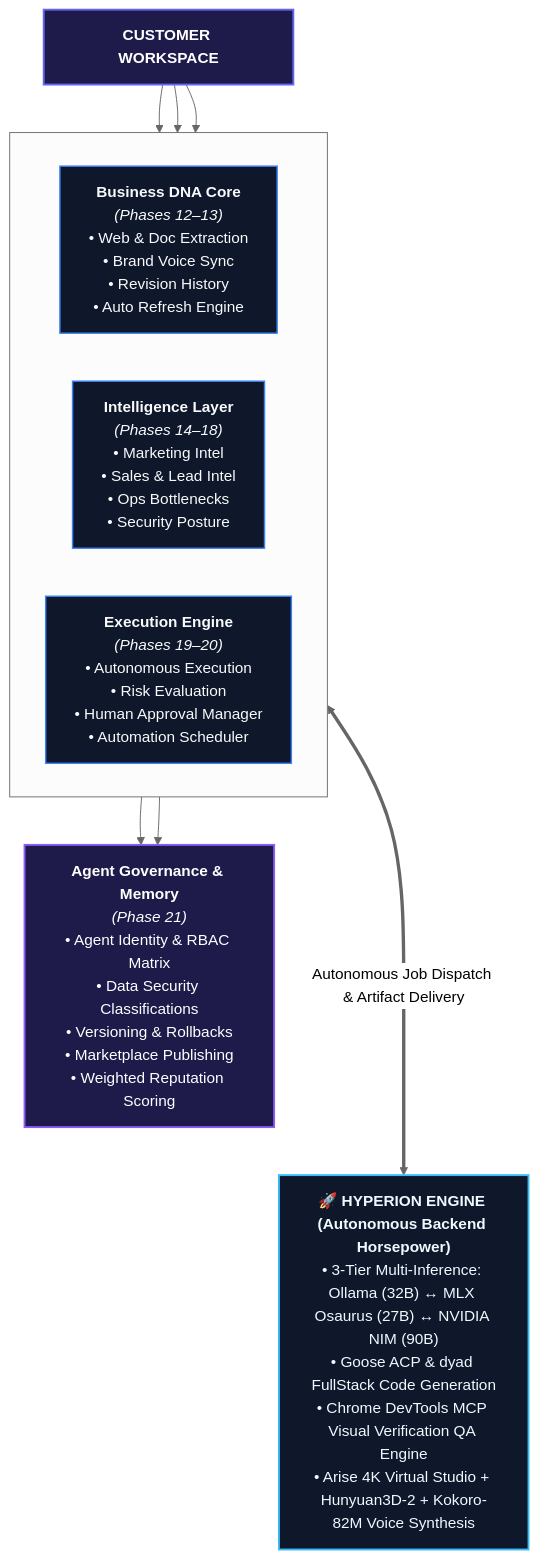
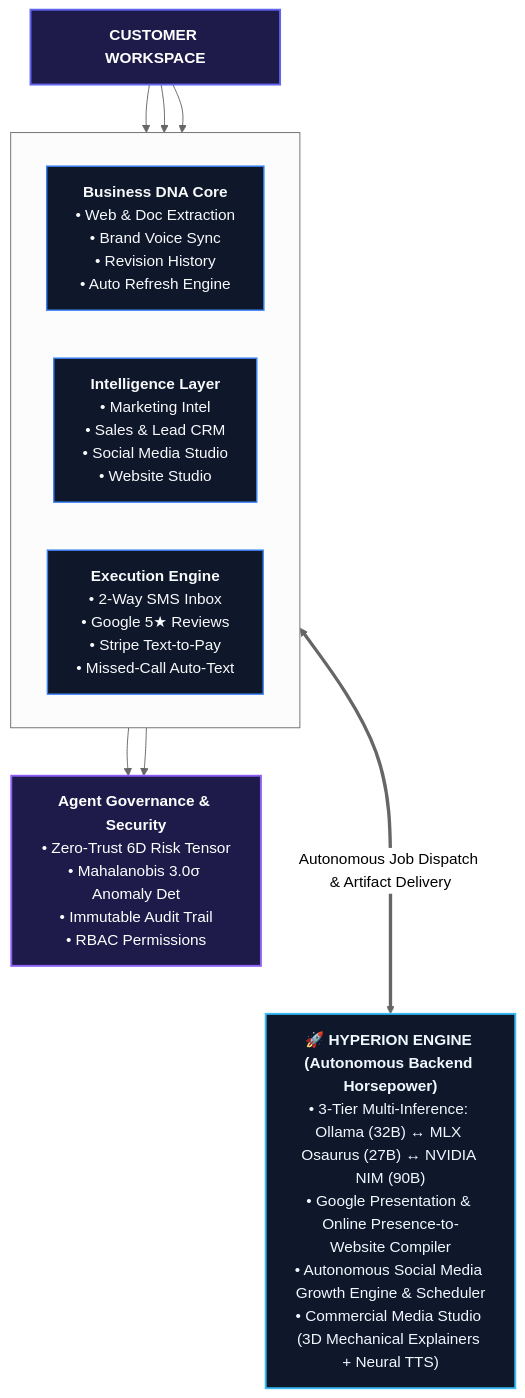
Before and after one commit to FinesseJones/FoundryOS: the diagram in README.md, drawn with Mermaid (neutral theme). The commit also changed other lines of this file and 2 other files, not shown here.

Commit message:
docs: added Master Pricing & Revenue Matrix, 18-Module Master Architecture, and updated root README

````diff
--- a/README.md
+++ b/README.md
@@ -15,32 +15,32 @@
 ```mermaid
 flowchart TD
     CW["<b>CUSTOMER WORKSPACE</b>"]
 
     subgraph Pillars [" "]
         direction LR
-        DNA["<b>Business DNA Core</b><br/><i>(Phases 12–13)</i><br/>• Web & Doc Extraction<br/>• Brand Voice Sync<br/>• Revision History<br/>• Auto Refresh Engine"]
-        INTEL["<b>Intelligence Layer</b><br/><i>(Phases 14–18)</i><br/>• Marketing Intel<br/>• Sales & Lead Intel<br/>• Ops Bottlenecks<br/>• Security Posture"]
-        EXEC["<b>Execution Engine</b><br/><i>(Phases 19–20)</i><br/>• Autonomous Execution<br/>• Risk Evaluation<br/>• Human Approval Manager<br/>• Automation Scheduler"]
+        DNA["<b>Business DNA Core</b><br/>• Web & Doc Extraction<br/>• Brand Voice Sync<br/>• Revision History<br/>• Auto Refresh Engine"]
+        INTEL["<b>Intelligence Layer</b><br/>• Marketing Intel<br/>• Sales & Lead CRM<br/>• Social Media Studio<br/>• Website Studio"]
+        EXEC["<b>Execution Engine</b><br/>• 2-Way SMS Inbox<br/>• Google 5★ Reviews<br/>• Stripe Text-to-Pay<br/>• Missed-Call Auto-Text"]
     end
 
-    GOV["<b>Agent Governance & Memory</b><br/><i>(Phase 21)</i><br/>• Agent Identity & RBAC Matrix<br/>• Data Security Classifications<br/>• Versioning & Rollbacks<br/>• Marketplace Publishing<br/>• Weighted Reputation Scoring"]
+    GOV["<b>Agent Governance & Security</b><br/>• Zero-Trust 6D Risk Tensor<br/>• Mahalanobis 3.0σ Anomaly Det<br/>• Immutable Audit Trail<br/>• RBAC Permissions"]
 
-    HYP["<b>🚀 HYPERION ENGINE (Autonomous Backend Horsepower)</b><br/>• 3-Tier Multi-Inference: Ollama (32B) ↔ MLX Osaurus (27B) ↔ NVIDIA NIM (90B)<br/>• Goose ACP & dyad FullStack Code Generation<br/>• Chrome DevTools MCP Visual Verification QA Engine<br/>• Arise 4K Virtual Studio + Hunyuan3D-2 + Kokoro-82M Voice Synthesis"]
+    HYP["<b>🚀 HYPERION ENGINE (Autonomous Backend Horsepower)</b><br/>• 3-Tier Multi-Inference: Ollama (32B) ↔ MLX Osaurus (27B) ↔ NVIDIA NIM (90B)<br/>• Google Presentation & Online Presence-to-Website Compiler<br/>• Autonomous Social Media Growth Engine & Scheduler<br/>• Commercial Media Studio (3D Mechanical Explainers + Neural TTS)"]
 
     CW --> DNA
     CW --> INTEL
     CW --> EXEC
 
     INTEL --> GOV
     EXEC --> GOV
 
     EXEC <===>|"Autonomous Job Dispatch & Artifact Delivery"| HYP
 
     classDef default fill:#0f172a,stroke:#3b82f6,stroke-width:1.5px,color:#f8fafc;
     classDef main fill:#1e1b4b,stroke:#6366f1,stroke-width:2px,color:#ffffff;
     classDef gov fill:#1e1b4b,stroke:#8b5cf6,stroke-width:2px,color:#ffffff;
     classDef hyp fill:#0f172a,stroke:#38bdf8,stroke-width:2px,color:#f0f9ff;
     class CW main;
     class GOV gov;
     class HYP hyp;
 ```
````
